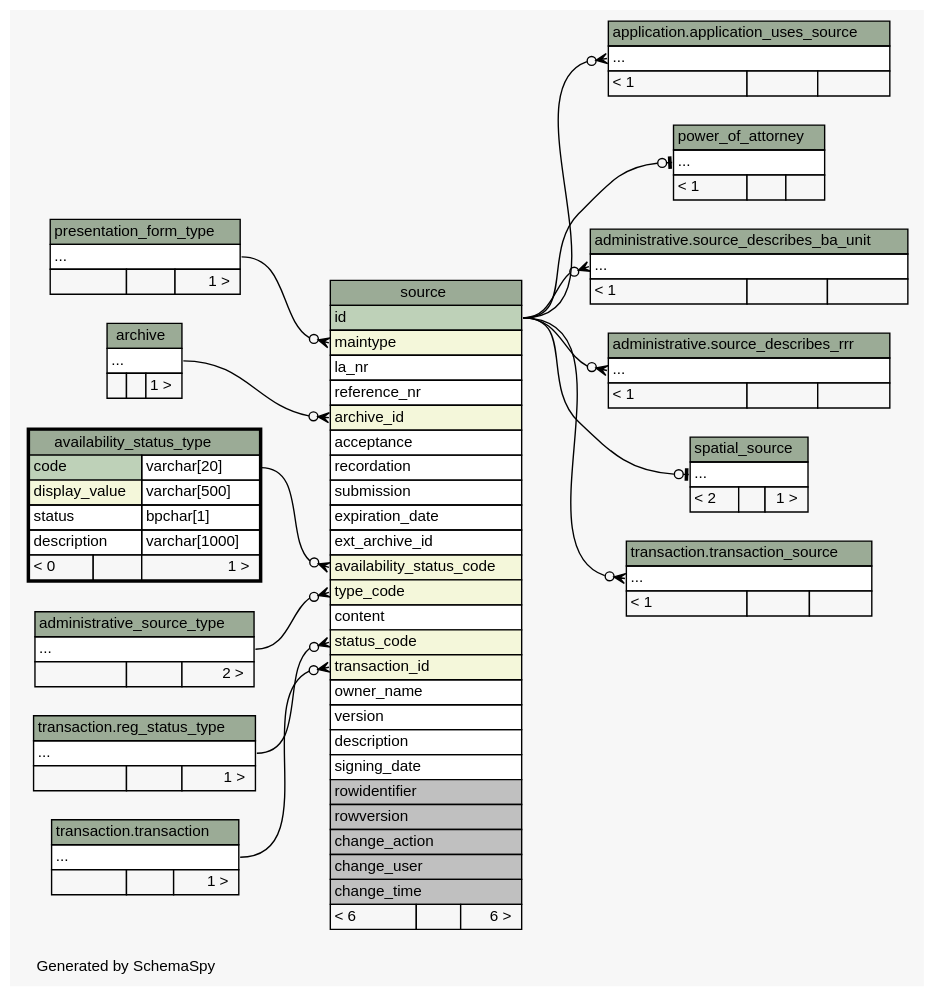
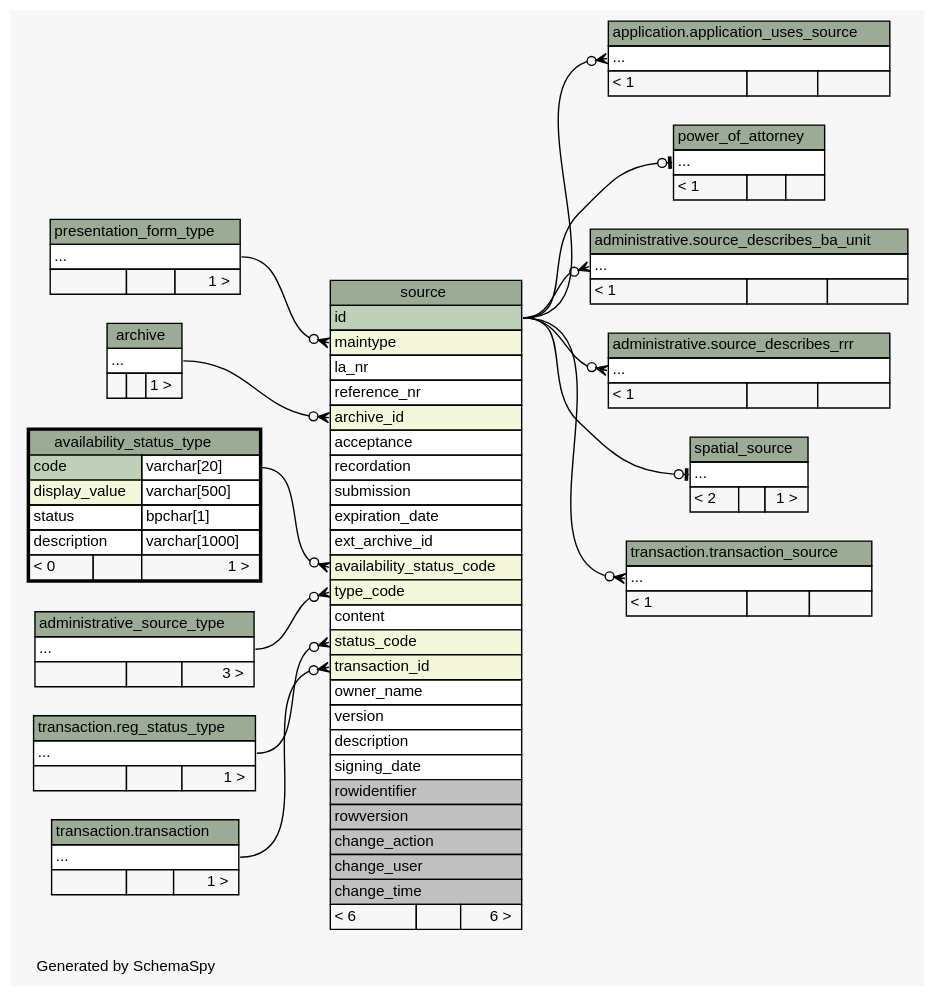
The diagram in doc/source/diagrams/availability_status_type.2degrees.dot (SOLA-FAO/database_sola), drawn with Graphviz before and after one commit. The commit also changed 548 other files, not shown here.

```diff
--- a/doc/source/diagrams/availability_status_type.2degrees.dot
+++ b/doc/source/diagrams/availability_status_type.2degrees.dot
@@ -1,190 +1,190 @@
 // dot 2.36.0 on Windows 7 6.1
 // SchemaSpy rev 590
 digraph "twoDegreesRelationshipsDiagram" {
   graph [
     rankdir="RL"
     bgcolor="#f7f7f7"
     label="\nGenerated by SchemaSpy"
     labeljust="l"
     nodesep="0.18"
     ranksep="0.46"
     fontname="Helvetica"
     fontsize="11"
   ];
   node [
     fontname="Helvetica"
     fontsize="11"
     shape="plaintext"
   ];
   edge [
     arrowsize="0.8"
   ];
   "application.application_uses_source":"elipses":w -> "source":"id":e [arrowhead=none dir=back arrowtail=crowodot];
   "power_of_attorney":"elipses":w -> "source":"id":e [arrowhead=none dir=back arrowtail=teeodot];
   "source":"archive_id":w -> "archive":"elipses":e [arrowhead=none dir=back arrowtail=crowodot];
   "source":"availability_status_code":w -> "availability_status_type":"code.type":e [arrowhead=none dir=back arrowtail=crowodot];
   "source":"maintype":w -> "presentation_form_type":"elipses":e [arrowhead=none dir=back arrowtail=crowodot];
   "source":"status_code":w -> "transaction.reg_status_type":"elipses":e [arrowhead=none dir=back arrowtail=crowodot];
   "source":"transaction_id":w -> "transaction.transaction":"elipses":e [arrowhead=none dir=back arrowtail=crowodot];
   "source":"type_code":w -> "administrative_source_type":"elipses":e [arrowhead=none dir=back arrowtail=crowodot];
   "administrative.source_describes_ba_unit":"elipses":w -> "source":"id":e [arrowhead=none dir=back arrowtail=crowodot];
   "administrative.source_describes_rrr":"elipses":w -> "source":"id":e [arrowhead=none dir=back arrowtail=crowodot];
   "spatial_source":"elipses":w -> "source":"id":e [arrowhead=none dir=back arrowtail=teeodot];
   "transaction.transaction_source":"elipses":w -> "source":"id":e [arrowhead=none dir=back arrowtail=crowodot];
   "administrative_source_type" [
     label=<
     <TABLE BORDER="0" CELLBORDER="1" CELLSPACING="0" BGCOLOR="#ffffff">
       <TR><TD COLSPAN="3" BGCOLOR="#9bab96" ALIGN="CENTER">administrative_source_type</TD></TR>
       <TR><TD PORT="elipses" COLSPAN="3" ALIGN="LEFT">...</TD></TR>
-      <TR><TD ALIGN="LEFT" BGCOLOR="#f7f7f7">  </TD><TD ALIGN="RIGHT" BGCOLOR="#f7f7f7">  </TD><TD ALIGN="RIGHT" BGCOLOR="#f7f7f7">2 &gt;</TD></TR>
+      <TR><TD ALIGN="LEFT" BGCOLOR="#f7f7f7">  </TD><TD ALIGN="RIGHT" BGCOLOR="#f7f7f7">  </TD><TD ALIGN="RIGHT" BGCOLOR="#f7f7f7">3 &gt;</TD></TR>
     </TABLE>>
     URL="administrative_source_type.html"
     tooltip="administrative_source_type"
   ];
   "application.application_uses_source" [
     label=<
     <TABLE BORDER="0" CELLBORDER="1" CELLSPACING="0" BGCOLOR="#ffffff">
       <TR><TD COLSPAN="3" BGCOLOR="#9bab96" ALIGN="CENTER">application.application_uses_source</TD></TR>
       <TR><TD PORT="elipses" COLSPAN="3" ALIGN="LEFT">...</TD></TR>
       <TR><TD ALIGN="LEFT" BGCOLOR="#f7f7f7">&lt; 1</TD><TD ALIGN="RIGHT" BGCOLOR="#f7f7f7">  </TD><TD ALIGN="RIGHT" BGCOLOR="#f7f7f7">  </TD></TR>
     </TABLE>>
     URL="../../application/tables/application_uses_source.html"
     tooltip="application.application_uses_source"
   ];
   "archive" [
     label=<
     <TABLE BORDER="0" CELLBORDER="1" CELLSPACING="0" BGCOLOR="#ffffff">
       <TR><TD COLSPAN="3" BGCOLOR="#9bab96" ALIGN="CENTER">archive</TD></TR>
       <TR><TD PORT="elipses" COLSPAN="3" ALIGN="LEFT">...</TD></TR>
       <TR><TD ALIGN="LEFT" BGCOLOR="#f7f7f7">  </TD><TD ALIGN="RIGHT" BGCOLOR="#f7f7f7">  </TD><TD ALIGN="RIGHT" BGCOLOR="#f7f7f7">1 &gt;</TD></TR>
     </TABLE>>
     URL="archive.html"
     tooltip="archive"
   ];
   "availability_status_type" [
     label=<
     <TABLE BORDER="2" CELLBORDER="1" CELLSPACING="0" BGCOLOR="#ffffff">
       <TR><TD COLSPAN="3" BGCOLOR="#9bab96" ALIGN="CENTER">availability_status_type</TD></TR>
       <TR><TD PORT="code" COLSPAN="2" BGCOLOR="#bed1b8" ALIGN="LEFT">code</TD><TD PORT="code.type" ALIGN="LEFT">varchar[20]</TD></TR>
       <TR><TD PORT="display_value" COLSPAN="2" BGCOLOR="#f4f7da" ALIGN="LEFT">display_value</TD><TD PORT="display_value.type" ALIGN="LEFT">varchar[500]</TD></TR>
       <TR><TD PORT="status" COLSPAN="2" ALIGN="LEFT">status</TD><TD PORT="status.type" ALIGN="LEFT">bpchar[1]</TD></TR>
       <TR><TD PORT="description" COLSPAN="2" ALIGN="LEFT">description</TD><TD PORT="description.type" ALIGN="LEFT">varchar[1000]</TD></TR>
       <TR><TD ALIGN="LEFT" BGCOLOR="#f7f7f7">&lt; 0</TD><TD ALIGN="RIGHT" BGCOLOR="#f7f7f7">  </TD><TD ALIGN="RIGHT" BGCOLOR="#f7f7f7">1 &gt;</TD></TR>
     </TABLE>>
     URL="availability_status_type.html"
     tooltip="availability_status_type"
   ];
   "power_of_attorney" [
     label=<
     <TABLE BORDER="0" CELLBORDER="1" CELLSPACING="0" BGCOLOR="#ffffff">
       <TR><TD COLSPAN="3" BGCOLOR="#9bab96" ALIGN="CENTER">power_of_attorney</TD></TR>
       <TR><TD PORT="elipses" COLSPAN="3" ALIGN="LEFT">...</TD></TR>
       <TR><TD ALIGN="LEFT" BGCOLOR="#f7f7f7">&lt; 1</TD><TD ALIGN="RIGHT" BGCOLOR="#f7f7f7">  </TD><TD ALIGN="RIGHT" BGCOLOR="#f7f7f7">  </TD></TR>
     </TABLE>>
     URL="power_of_attorney.html"
     tooltip="power_of_attorney"
   ];
   "presentation_form_type" [
     label=<
     <TABLE BORDER="0" CELLBORDER="1" CELLSPACING="0" BGCOLOR="#ffffff">
       <TR><TD COLSPAN="3" BGCOLOR="#9bab96" ALIGN="CENTER">presentation_form_type</TD></TR>
       <TR><TD PORT="elipses" COLSPAN="3" ALIGN="LEFT">...</TD></TR>
       <TR><TD ALIGN="LEFT" BGCOLOR="#f7f7f7">  </TD><TD ALIGN="RIGHT" BGCOLOR="#f7f7f7">  </TD><TD ALIGN="RIGHT" BGCOLOR="#f7f7f7">1 &gt;</TD></TR>
     </TABLE>>
     URL="presentation_form_type.html"
     tooltip="presentation_form_type"
   ];
   "transaction.reg_status_type" [
     label=<
     <TABLE BORDER="0" CELLBORDER="1" CELLSPACING="0" BGCOLOR="#ffffff">
       <TR><TD COLSPAN="3" BGCOLOR="#9bab96" ALIGN="CENTER">transaction.reg_status_type</TD></TR>
       <TR><TD PORT="elipses" COLSPAN="3" ALIGN="LEFT">...</TD></TR>
       <TR><TD ALIGN="LEFT" BGCOLOR="#f7f7f7">  </TD><TD ALIGN="RIGHT" BGCOLOR="#f7f7f7">  </TD><TD ALIGN="RIGHT" BGCOLOR="#f7f7f7">1 &gt;</TD></TR>
     </TABLE>>
     URL="../../transaction/tables/reg_status_type.html"
     tooltip="transaction.reg_status_type"
   ];
   "source" [
     label=<
     <TABLE BORDER="0" CELLBORDER="1" CELLSPACING="0" BGCOLOR="#ffffff">
       <TR><TD COLSPAN="3" BGCOLOR="#9bab96" ALIGN="CENTER">source</TD></TR>
       <TR><TD PORT="id" COLSPAN="3" BGCOLOR="#bed1b8" ALIGN="LEFT">id</TD></TR>
       <TR><TD PORT="maintype" COLSPAN="3" BGCOLOR="#f4f7da" ALIGN="LEFT">maintype</TD></TR>
       <TR><TD PORT="la_nr" COLSPAN="3" ALIGN="LEFT">la_nr</TD></TR>
       <TR><TD PORT="reference_nr" COLSPAN="3" ALIGN="LEFT">reference_nr</TD></TR>
       <TR><TD PORT="archive_id" COLSPAN="3" BGCOLOR="#f4f7da" ALIGN="LEFT">archive_id</TD></TR>
       <TR><TD PORT="acceptance" COLSPAN="3" ALIGN="LEFT">acceptance</TD></TR>
       <TR><TD PORT="recordation" COLSPAN="3" ALIGN="LEFT">recordation</TD></TR>
       <TR><TD PORT="submission" COLSPAN="3" ALIGN="LEFT">submission</TD></TR>
       <TR><TD PORT="expiration_date" COLSPAN="3" ALIGN="LEFT">expiration_date</TD></TR>
       <TR><TD PORT="ext_archive_id" COLSPAN="3" ALIGN="LEFT">ext_archive_id</TD></TR>
       <TR><TD PORT="availability_status_code" COLSPAN="3" BGCOLOR="#f4f7da" ALIGN="LEFT">availability_status_code</TD></TR>
       <TR><TD PORT="type_code" COLSPAN="3" BGCOLOR="#f4f7da" ALIGN="LEFT">type_code</TD></TR>
       <TR><TD PORT="content" COLSPAN="3" ALIGN="LEFT">content</TD></TR>
       <TR><TD PORT="status_code" COLSPAN="3" BGCOLOR="#f4f7da" ALIGN="LEFT">status_code</TD></TR>
       <TR><TD PORT="transaction_id" COLSPAN="3" BGCOLOR="#f4f7da" ALIGN="LEFT">transaction_id</TD></TR>
       <TR><TD PORT="owner_name" COLSPAN="3" ALIGN="LEFT">owner_name</TD></TR>
       <TR><TD PORT="version" COLSPAN="3" ALIGN="LEFT">version</TD></TR>
       <TR><TD PORT="description" COLSPAN="3" ALIGN="LEFT">description</TD></TR>
       <TR><TD PORT="signing_date" COLSPAN="3" ALIGN="LEFT">signing_date</TD></TR>
       <TR><TD PORT="rowidentifier" COLSPAN="3" BGCOLOR="#c0c0c0" ALIGN="LEFT">rowidentifier</TD></TR>
       <TR><TD PORT="rowversion" COLSPAN="3" BGCOLOR="#c0c0c0" ALIGN="LEFT">rowversion</TD></TR>
       <TR><TD PORT="change_action" COLSPAN="3" BGCOLOR="#c0c0c0" ALIGN="LEFT">change_action</TD></TR>
       <TR><TD PORT="change_user" COLSPAN="3" BGCOLOR="#c0c0c0" ALIGN="LEFT">change_user</TD></TR>
       <TR><TD PORT="change_time" COLSPAN="3" BGCOLOR="#c0c0c0" ALIGN="LEFT">change_time</TD></TR>
       <TR><TD ALIGN="LEFT" BGCOLOR="#f7f7f7">&lt; 6</TD><TD ALIGN="RIGHT" BGCOLOR="#f7f7f7">  </TD><TD ALIGN="RIGHT" BGCOLOR="#f7f7f7">6 &gt;</TD></TR>
     </TABLE>>
     URL="source.html"
     tooltip="source"
   ];
   "administrative.source_describes_ba_unit" [
     label=<
     <TABLE BORDER="0" CELLBORDER="1" CELLSPACING="0" BGCOLOR="#ffffff">
       <TR><TD COLSPAN="3" BGCOLOR="#9bab96" ALIGN="CENTER">administrative.source_describes_ba_unit</TD></TR>
       <TR><TD PORT="elipses" COLSPAN="3" ALIGN="LEFT">...</TD></TR>
       <TR><TD ALIGN="LEFT" BGCOLOR="#f7f7f7">&lt; 1</TD><TD ALIGN="RIGHT" BGCOLOR="#f7f7f7">  </TD><TD ALIGN="RIGHT" BGCOLOR="#f7f7f7">  </TD></TR>
     </TABLE>>
     URL="../../administrative/tables/source_describes_ba_unit.html"
     tooltip="administrative.source_describes_ba_unit"
   ];
   "administrative.source_describes_rrr" [
     label=<
     <TABLE BORDER="0" CELLBORDER="1" CELLSPACING="0" BGCOLOR="#ffffff">
       <TR><TD COLSPAN="3" BGCOLOR="#9bab96" ALIGN="CENTER">administrative.source_describes_rrr</TD></TR>
       <TR><TD PORT="elipses" COLSPAN="3" ALIGN="LEFT">...</TD></TR>
       <TR><TD ALIGN="LEFT" BGCOLOR="#f7f7f7">&lt; 1</TD><TD ALIGN="RIGHT" BGCOLOR="#f7f7f7">  </TD><TD ALIGN="RIGHT" BGCOLOR="#f7f7f7">  </TD></TR>
     </TABLE>>
     URL="../../administrative/tables/source_describes_rrr.html"
     tooltip="administrative.source_describes_rrr"
   ];
   "spatial_source" [
     label=<
     <TABLE BORDER="0" CELLBORDER="1" CELLSPACING="0" BGCOLOR="#ffffff">
       <TR><TD COLSPAN="3" BGCOLOR="#9bab96" ALIGN="CENTER">spatial_source</TD></TR>
       <TR><TD PORT="elipses" COLSPAN="3" ALIGN="LEFT">...</TD></TR>
       <TR><TD ALIGN="LEFT" BGCOLOR="#f7f7f7">&lt; 2</TD><TD ALIGN="RIGHT" BGCOLOR="#f7f7f7">  </TD><TD ALIGN="RIGHT" BGCOLOR="#f7f7f7">1 &gt;</TD></TR>
     </TABLE>>
     URL="spatial_source.html"
     tooltip="spatial_source"
   ];
   "transaction.transaction" [
     label=<
     <TABLE BORDER="0" CELLBORDER="1" CELLSPACING="0" BGCOLOR="#ffffff">
       <TR><TD COLSPAN="3" BGCOLOR="#9bab96" ALIGN="CENTER">transaction.transaction</TD></TR>
       <TR><TD PORT="elipses" COLSPAN="3" ALIGN="LEFT">...</TD></TR>
       <TR><TD ALIGN="LEFT" BGCOLOR="#f7f7f7">  </TD><TD ALIGN="RIGHT" BGCOLOR="#f7f7f7">  </TD><TD ALIGN="RIGHT" BGCOLOR="#f7f7f7">1 &gt;</TD></TR>
     </TABLE>>
     URL="../../transaction/tables/transaction.html"
     tooltip="transaction.transaction"
   ];
   "transaction.transaction_source" [
     label=<
     <TABLE BORDER="0" CELLBORDER="1" CELLSPACING="0" BGCOLOR="#ffffff">
       <TR><TD COLSPAN="3" BGCOLOR="#9bab96" ALIGN="CENTER">transaction.transaction_source</TD></TR>
       <TR><TD PORT="elipses" COLSPAN="3" ALIGN="LEFT">...</TD></TR>
       <TR><TD ALIGN="LEFT" BGCOLOR="#f7f7f7">&lt; 1</TD><TD ALIGN="RIGHT" BGCOLOR="#f7f7f7">  </TD><TD ALIGN="RIGHT" BGCOLOR="#f7f7f7">  </TD></TR>
     </TABLE>>
     URL="../../transaction/tables/transaction_source.html"
     tooltip="transaction.transaction_source"
   ];
 }
```
